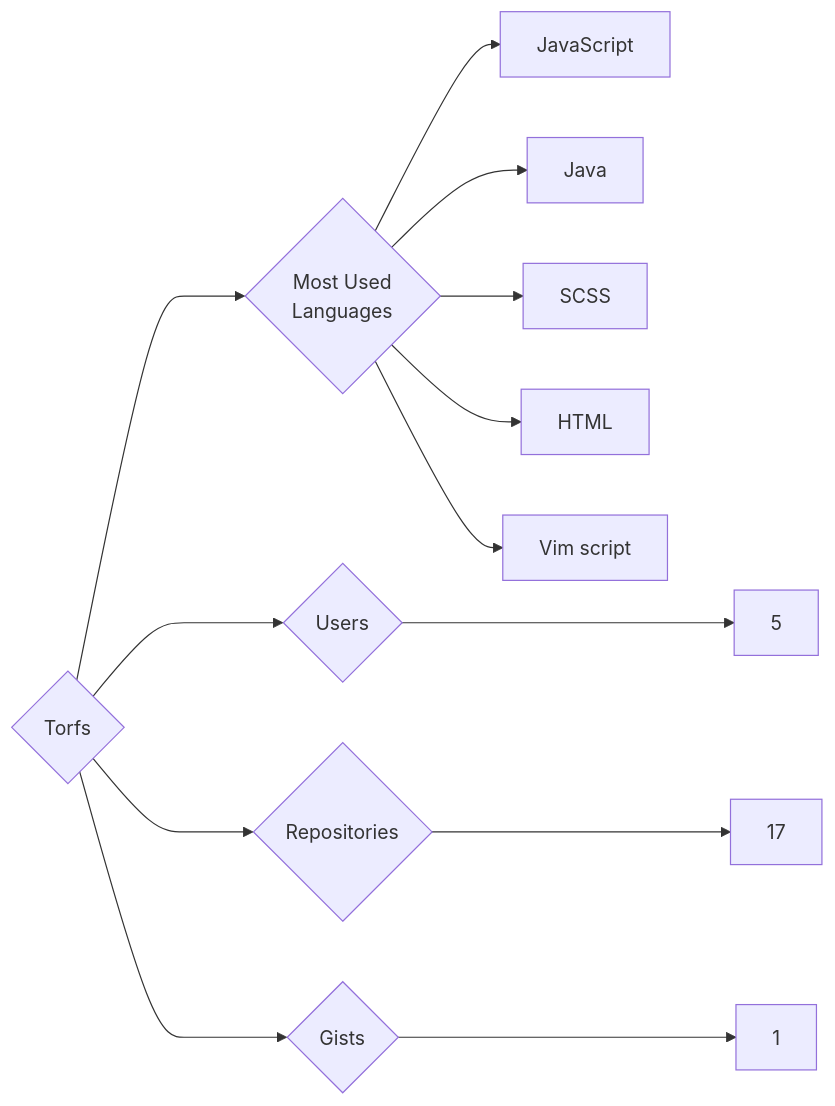
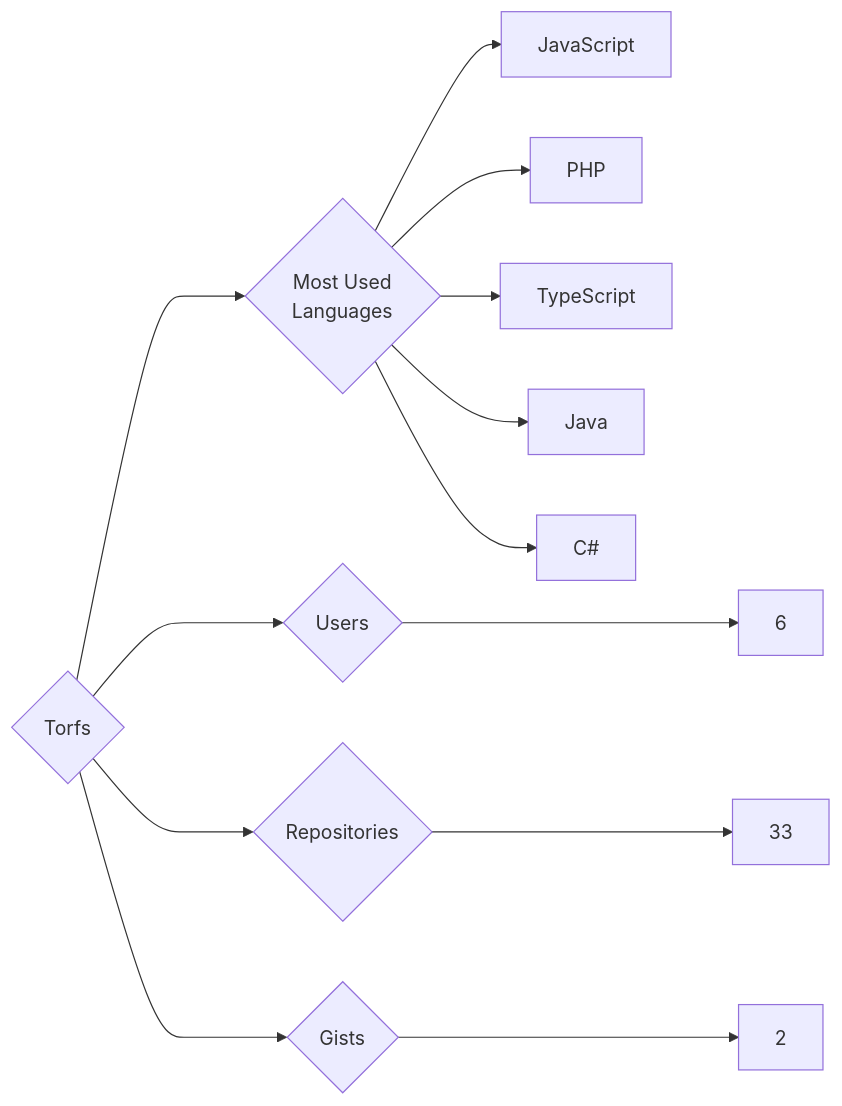
The diagram in targets/Torfs/README.md (trickest/insiders), drawn with Mermaid before and after one commit. The commit also changed 1011 other files, not shown here.

````diff
--- a/targets/Torfs/README.md
+++ b/targets/Torfs/README.md
@@ -3,13 +3,13 @@
 ```mermaid
 graph LR
 COMPANY_NAME{Torfs}
-COMPANY_NAME ---> U{Users} ---> UN[5]
-COMPANY_NAME ---> R{Repositories} ---> RN[17]
-COMPANY_NAME ---> G{Gists} ---> GN[1]
+COMPANY_NAME ---> U{Users} ---> UN[6]
+COMPANY_NAME ---> R{Repositories} ---> RN[33]
+COMPANY_NAME ---> G{Gists} ---> GN[2]
 COMPANY_NAME ---> ML{Most Used<br>Languages}
 ML --> JavaScript[JavaScript]
+ML --> PHP[PHP]
+ML --> TypeScript[TypeScript]
 ML --> Java[Java]
-ML --> SCSS[SCSS]
-ML --> HTML[HTML]
-ML --> Vim_script[Vim script]
+ML --> C#[C#]
 ```
````
